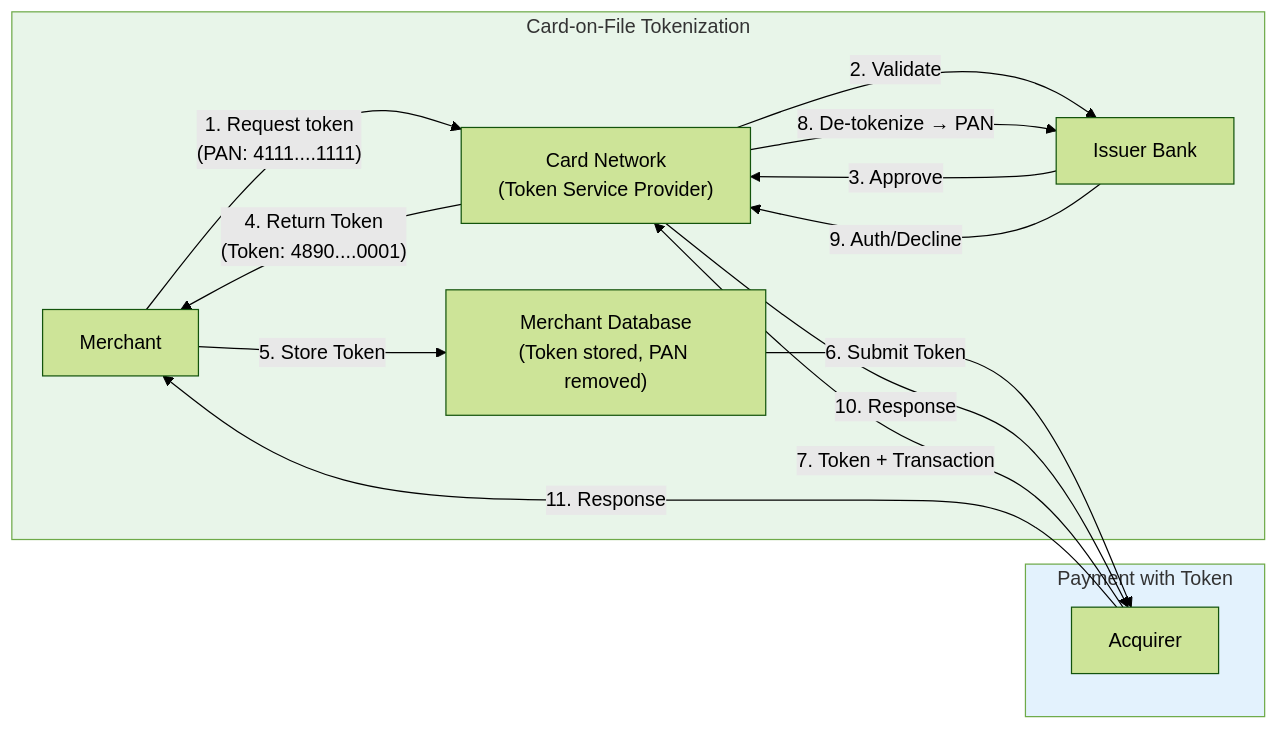
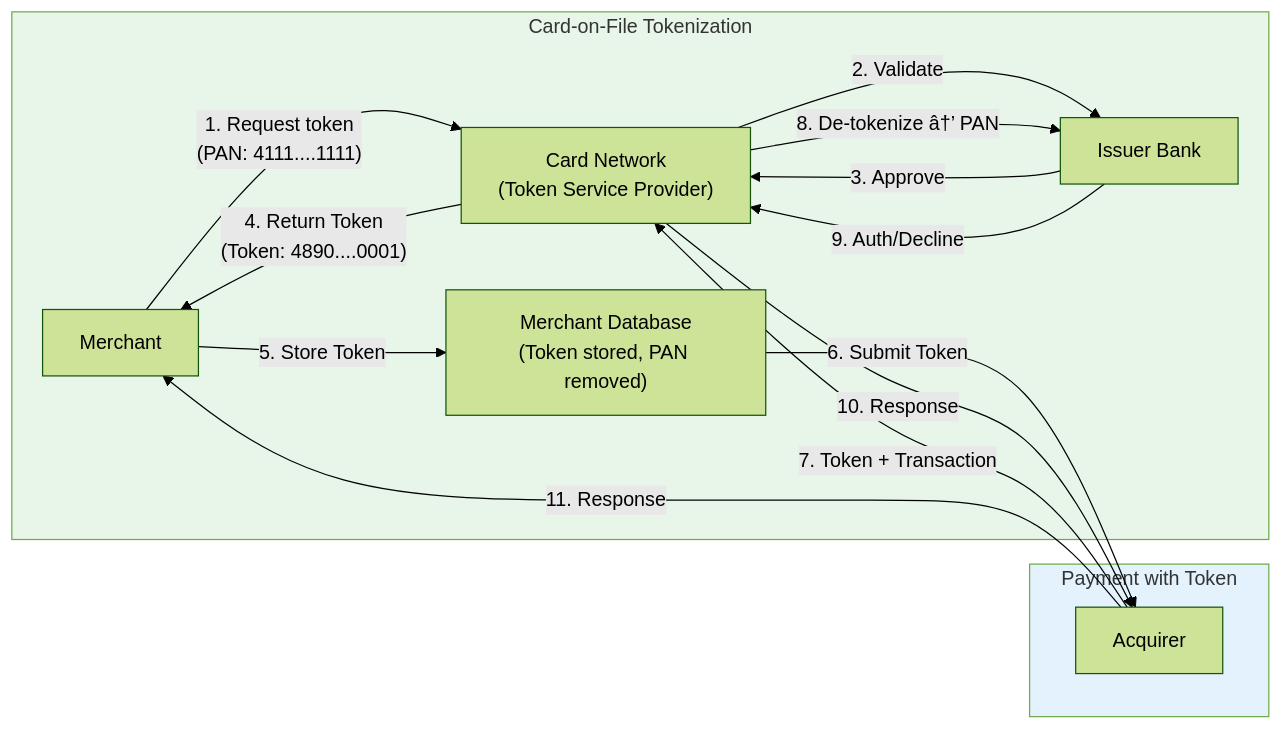
One commit to Raushan666java/ai-engineering-journey changed the second of 4 diagrams in docs/courses/information-security/05-banking-payment-security.md. Above: the diagram before and after it, drawn with Mermaid (forest theme). The commit also changed other lines of this file and 735 other files, not shown here.

````diff
--- a/docs/courses/information-security/05-banking-payment-security.md
+++ b/docs/courses/information-security/05-banking-payment-security.md
@@ -238,20 +238,20 @@
 ```mermaid
 flowchart LR
     subgraph Tokenization[Card-on-File Tokenization]
         M["Merchant"] -->|"1. Request token<br/>(PAN: 4111....1111)"| N["Card Network<br/>(Token Service Provider)"]
         N -->|"2. Validate"| I["Issuer Bank"]
         I -->|"3. Approve"| N
         N -->|"4. Return Token<br/>(Token: 4890....0001)"| M
         M -->|"5. Store Token"| DB["Merchant Database<br/>(Token stored, PAN removed)"]
     end
     subgraph Payment[Payment with Token]
         DB -->|"6. Submit Token"| A["Acquirer"]
         A -->|"7. Token + Transaction"| N
-        N -->|"8. De-tokenize → PAN"| I
+        N -->|"8. De-tokenize â†’ PAN"| I
         I -->|"9. Auth/Decline"| N
         N -->|"10. Response"| A
         A -->|"11. Response"| M
     end
     style Tokenization fill:#e8f5e9
     style Payment fill:#e3f2fd
 ```
````
